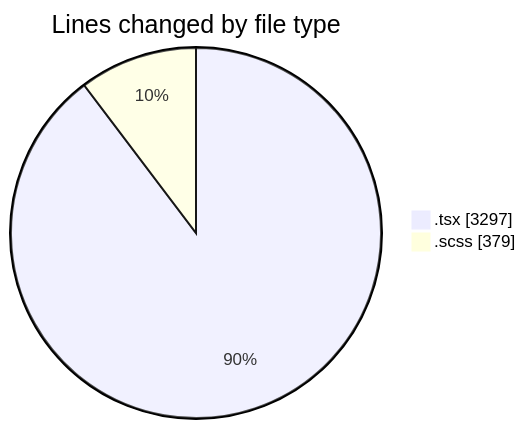
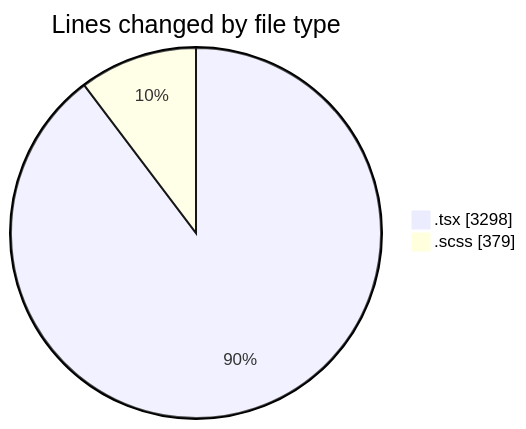
Before and after one commit to momahboobian/code-tracking: the first of 2 diagrams in 2025-09-30/cda/README.md, drawn with Mermaid. The commit also changed other lines of this file and 1 other file, not shown here.

````diff
--- a/2025-09-30/cda/README.md
+++ b/2025-09-30/cda/README.md
@@ -24,6 +24,6 @@
 ```mermaid
 pie showData
 title Lines changed by file type
-".tsx" : 3297
+".tsx" : 3298
 ".scss" : 379
 ```
````
